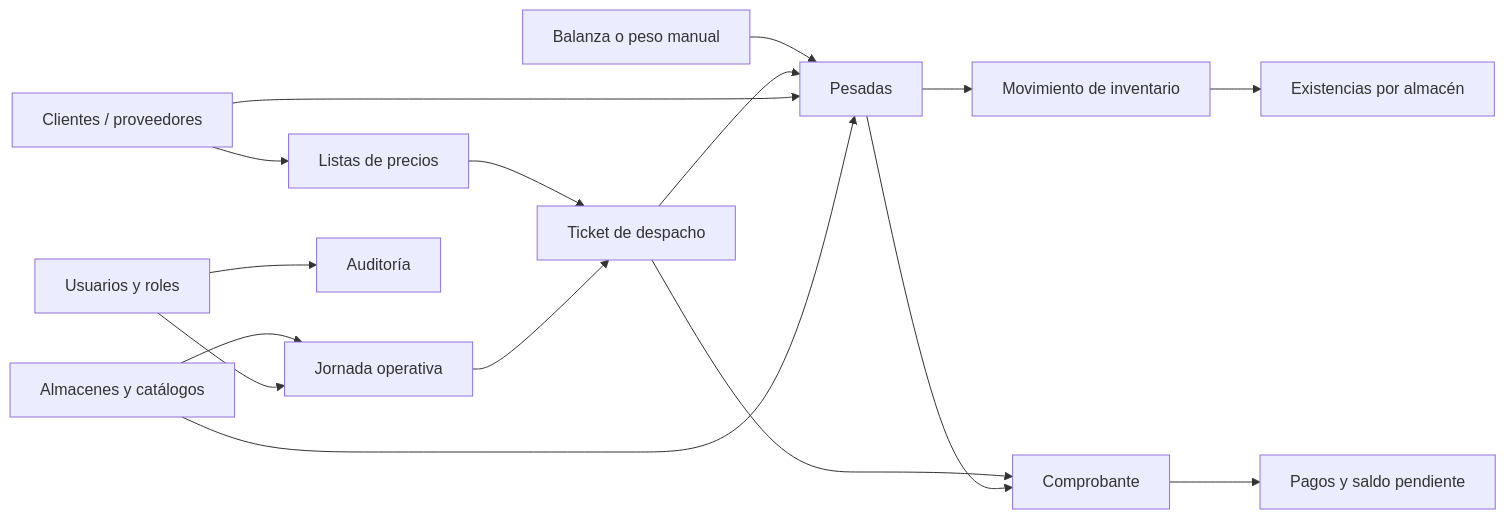
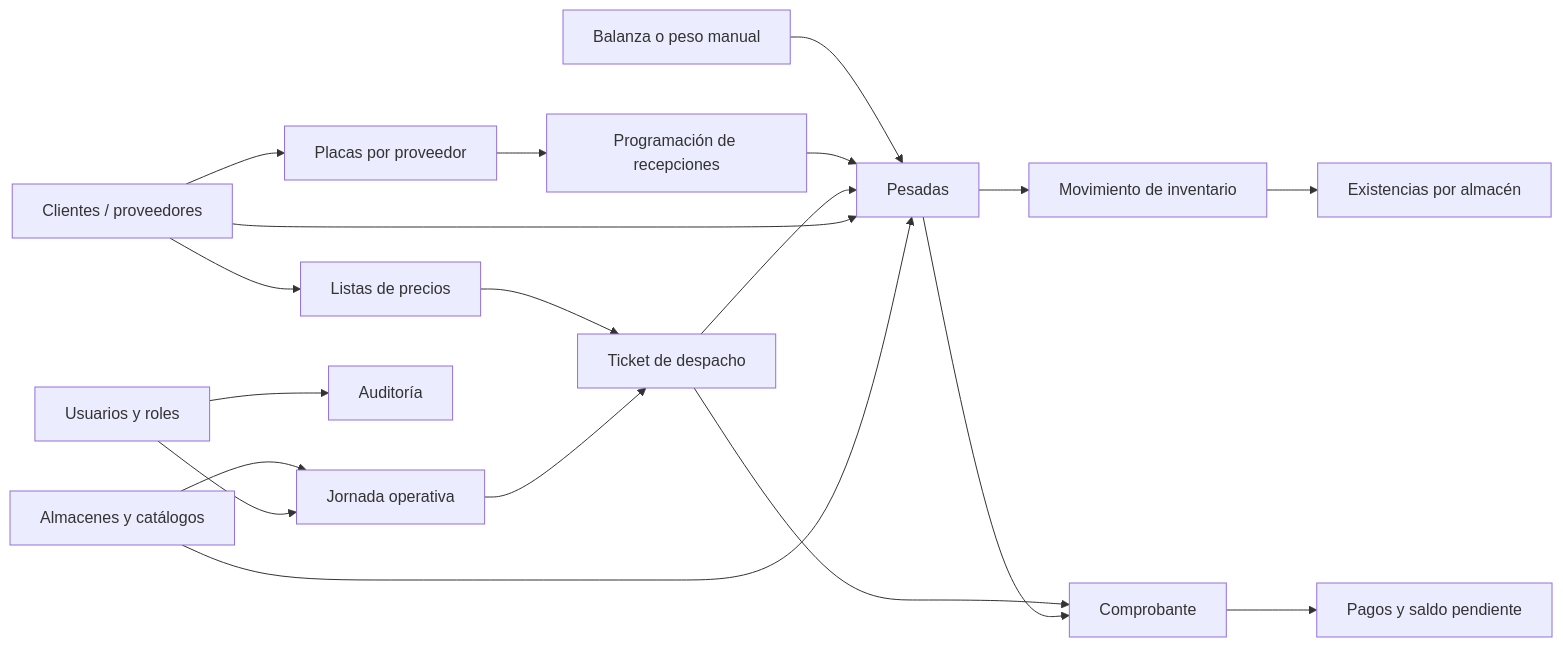
Before and after one commit to GusgusNoriega/inventario-avicola: the first of 4 diagrams in docs/esquema-base-datos.md, drawn with Mermaid. The commit also changed other lines of this file and 153 other files, not shown here.

````diff
--- a/docs/esquema-base-datos.md
+++ b/docs/esquema-base-datos.md
@@ -23,18 +42,21 @@
 ```mermaid
 flowchart LR
     A["Clientes / proveedores"] --> B["Listas de precios"]
+    A --> N["Placas por proveedor"]
+    N --> O["Programación de recepciones"]
     C["Almacenes y catálogos"] --> D["Jornada operativa"]
     B --> E["Ticket de despacho"]
     D --> E
     F["Balanza o peso manual"] --> G["Pesadas"]
+    O --> G
     E --> G
     A --> G
     C --> G
     G --> H["Movimiento de inventario"]
     H --> I["Existencias por almacén"]
     E --> J["Comprobante"]
     G --> J
     J --> K["Pagos y saldo pendiente"]
     L["Usuarios y roles"] --> D
     L --> M["Auditoría"]
 ```
````
